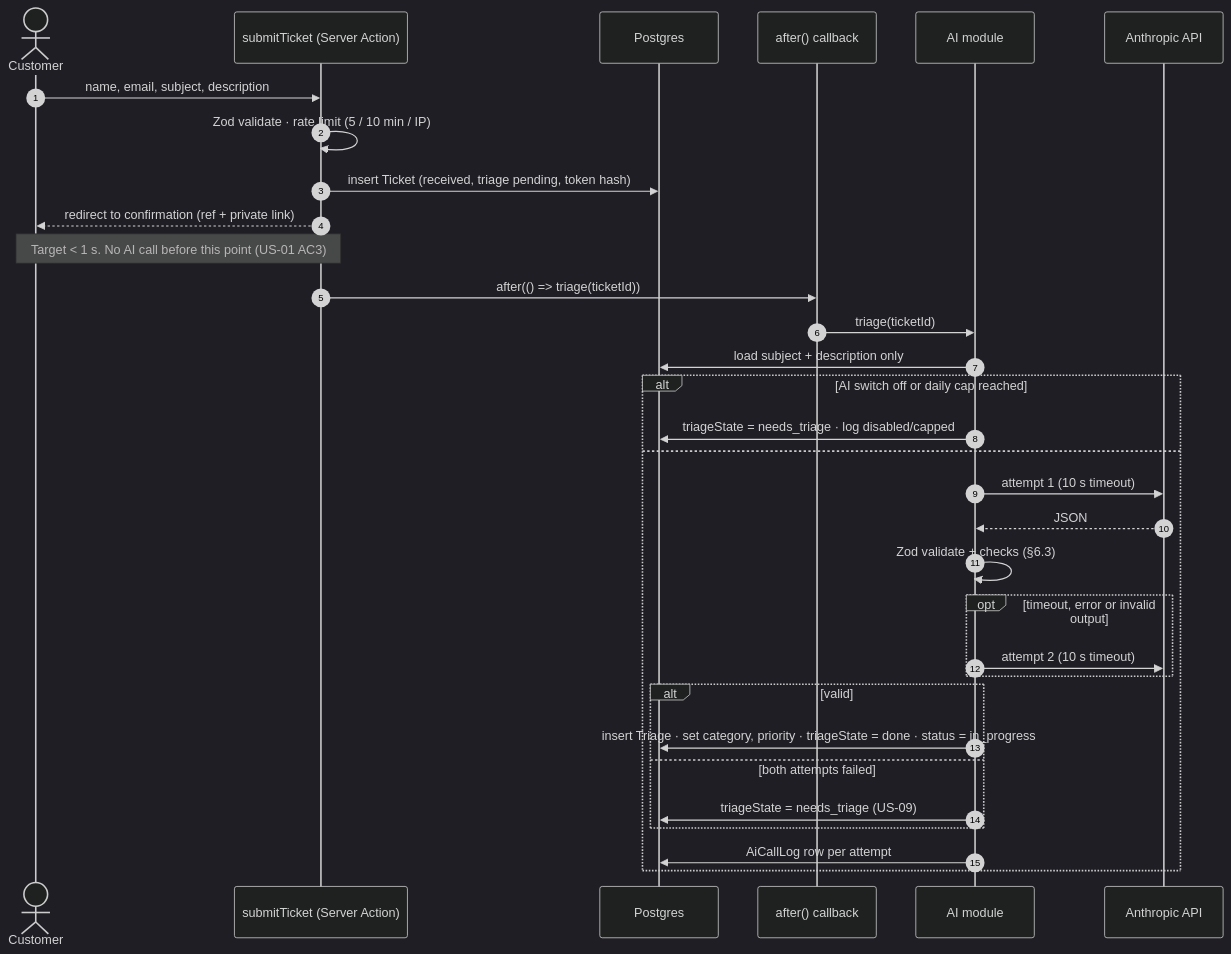
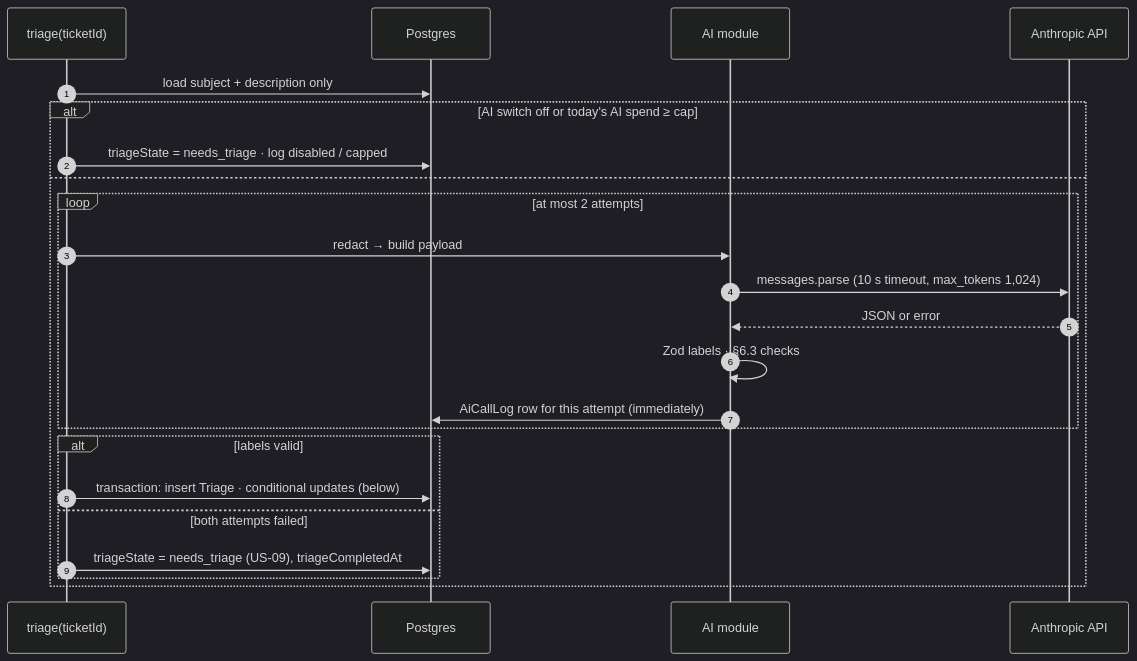
The fourth of 4 diagrams in docs/03-architecture/architecture.md (moulinath/helpdesk-ai), drawn with Mermaid (dark theme) before and after one commit. The commit also changed other lines of this file and 8 other files, not shown here.

Commit message:
docs: architecture v0.2 with review findings applied; RAID R18-R23

````diff
--- a/docs/03-architecture/architecture.md
+++ b/docs/03-architecture/architecture.md
@@ -108,35 +143,26 @@
 ```mermaid
 sequenceDiagram
   autonumber
-  actor C as Customer
-  participant SA as submitTicket (Server Action)
+  participant BG as triage(ticketId)
   participant DB as Postgres
-  participant BG as after() callback
   participant AI as AI module
   participant API as Anthropic API
 
-  C->>SA: name, email, subject, description
-  SA->>SA: Zod validate · rate limit (5 / 10 min / IP)
-  SA->>DB: insert Ticket (received, triage pending, token hash)
-  SA-->>C: redirect to confirmation (ref + private link)
-  Note over C,SA: Target < 1 s. No AI call before this point (US-01 AC3)
-  SA->>BG: after(() => triage(ticketId))
-  BG->>AI: triage(ticketId)
-  AI->>DB: load subject + description only
-  alt AI switch off or daily cap reached
-    AI->>DB: triageState = needs_triage · log disabled/capped
+  BG->>DB: load subject + description only
+  alt AI switch off or today's AI spend ≥ cap
+    BG->>DB: triageState = needs_triage · log disabled / capped
   else
-    AI->>API: attempt 1 (10 s timeout)
-    API-->>AI: JSON
-    AI->>AI: Zod validate + checks (§6.3)
-    opt timeout, error or invalid output
-      AI->>API: attempt 2 (10 s timeout)
+    loop at most 2 attempts
+      BG->>AI: redact → build payload
+      AI->>API: messages.parse (10 s timeout, max_tokens 1,024)
+      API-->>AI: JSON or error
+      AI->>AI: Zod labels · §6.3 checks
+      AI->>DB: AiCallLog row for this attempt (immediately)
     end
-    alt valid
-      AI->>DB: insert Triage · set category, priority · triageState = done · status = in_progress
+    alt labels valid
+      BG->>DB: transaction: insert Triage · conditional updates (below)
     else both attempts failed
-      AI->>DB: triageState = needs_triage (US-09)
+      BG->>DB: triageState = needs_triage (US-09), triageCompletedAt
     end
-    AI->>DB: AiCallLog row per attempt
   end
 ```
````
